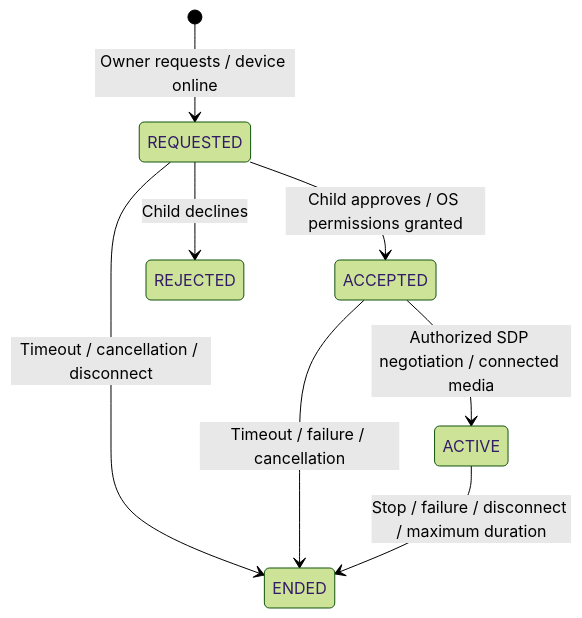
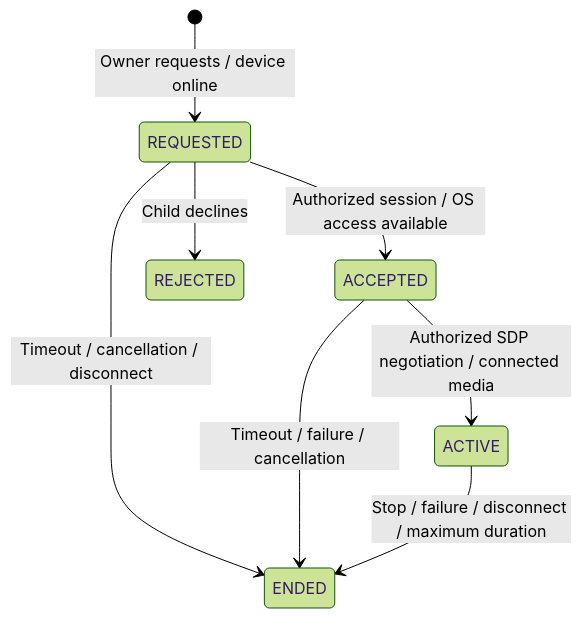
Before and after one commit to hakalukidev/parental-monitoring-mvp: the second of 2 diagrams in docs/ARCHITECTURE.md, drawn with Mermaid (forest theme). The commit also changed other lines of this file and 139 other files, not shown here.

````diff
--- a/docs/ARCHITECTURE.md
+++ b/docs/ARCHITECTURE.md
@@ -58,10 +58,10 @@
 ```mermaid
 stateDiagram-v2
   [*] --> REQUESTED: Owner requests / device online
-  REQUESTED --> ACCEPTED: Child approves / OS permissions granted
+  REQUESTED --> ACCEPTED: Authorized session / OS access available
   REQUESTED --> REJECTED: Child declines
   ACCEPTED --> ACTIVE: Authorized SDP negotiation / connected media
   REQUESTED --> ENDED: Timeout / cancellation / disconnect
   ACCEPTED --> ENDED: Timeout / failure / cancellation
   ACTIVE --> ENDED: Stop / failure / disconnect / maximum duration
 ```
````
